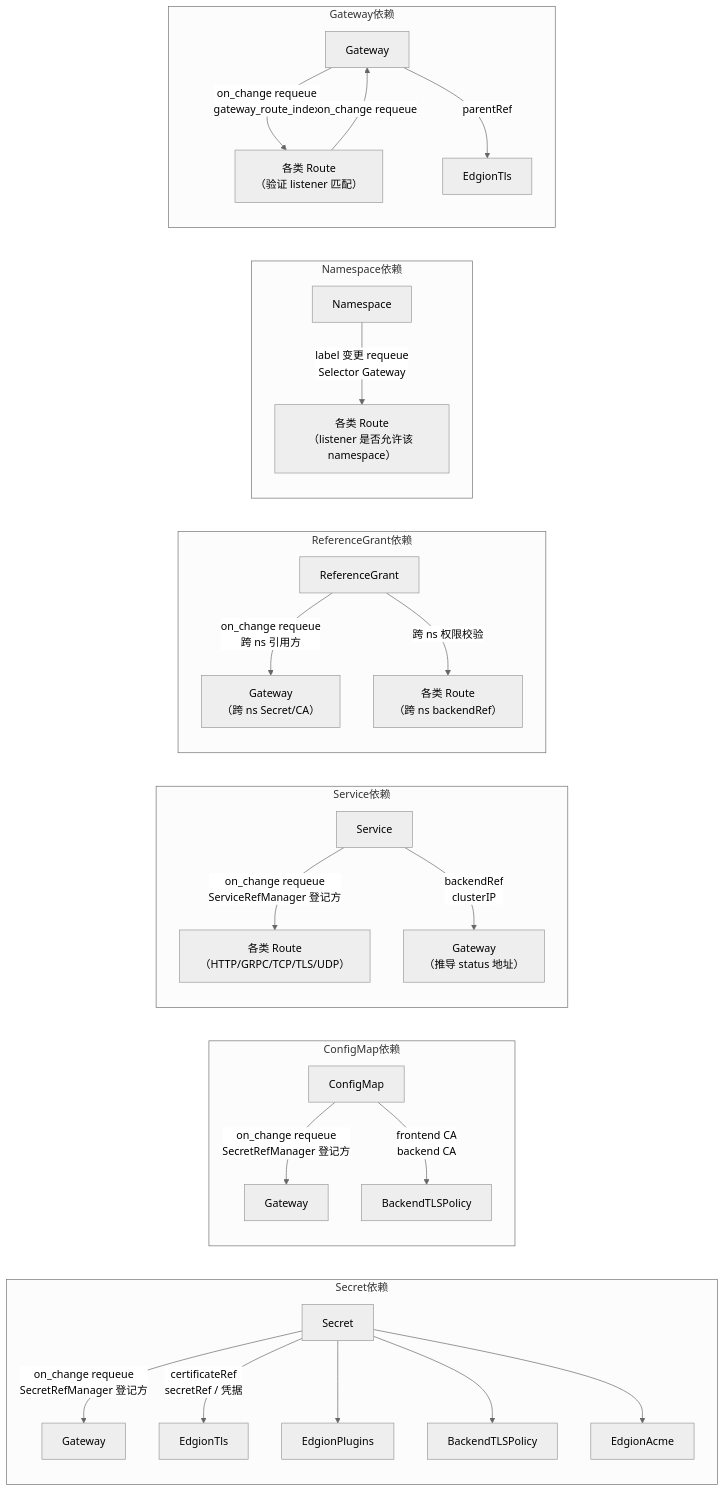
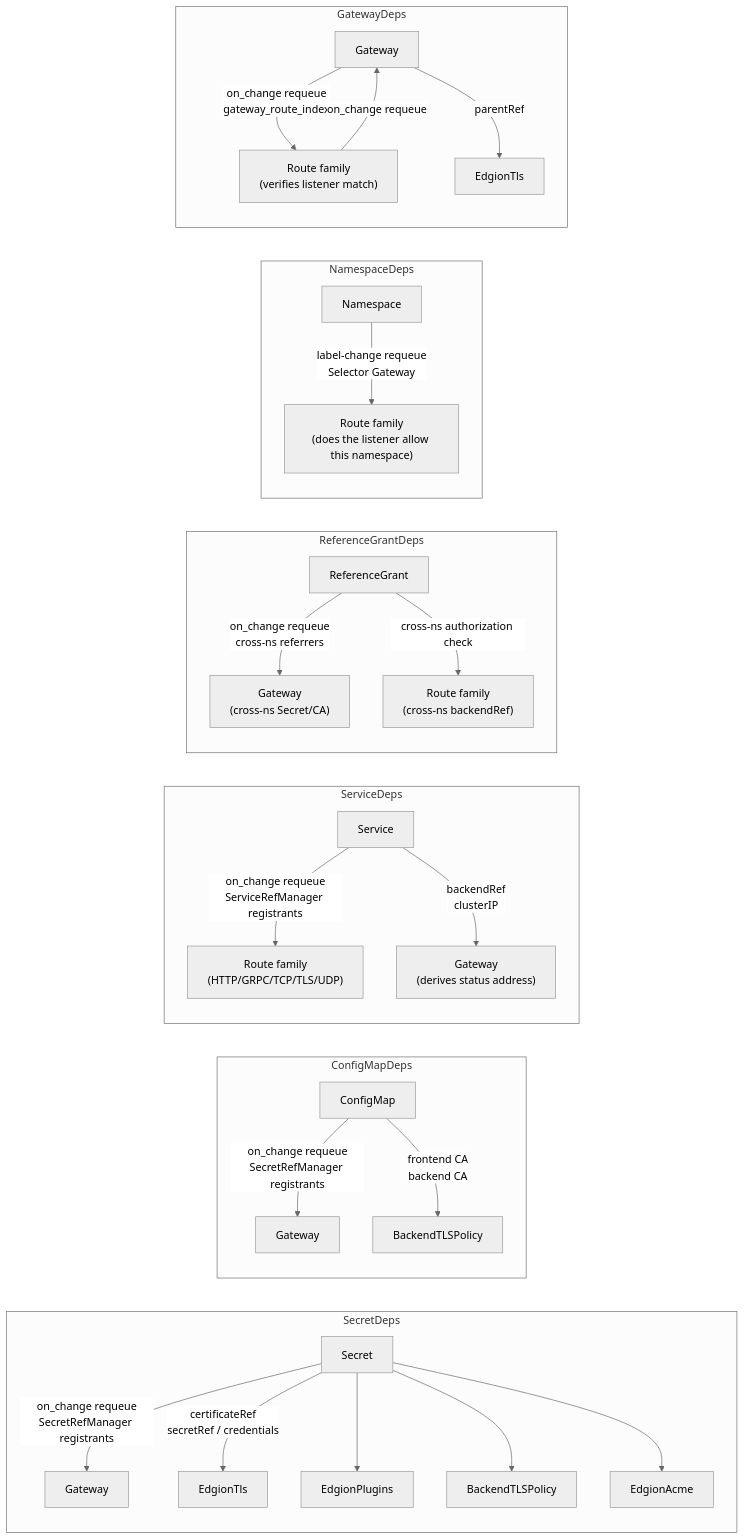
One commit to Pandaala/Edgion changed the diagram in skills/01-architecture/05-resources/19-resource-dependency.md. Above: the diagram before and after it, drawn with Mermaid (neutral theme). The commit also changed other lines of this file and 1373 other files, not shown here.

````diff
--- a/skills/01-architecture/05-resources/19-resource-dependency.md
+++ b/skills/01-architecture/05-resources/19-resource-dependency.md
@@ -12,35 +12,35 @@
 ```mermaid
 flowchart LR
-    subgraph Secret依赖
-        Secret -- "on_change requeue\nSecretRefManager 登记方" --> Gateway
-        Secret -- "certificateRef\nsecretRef / 凭据" --> EdgionTls
+    subgraph SecretDeps
+        Secret -- "on_change requeue\nSecretRefManager registrants" --> Gateway
+        Secret -- "certificateRef\nsecretRef / credentials" --> EdgionTls
         Secret --> EdgionPlugins
         Secret --> BackendTLSPolicy
         Secret --> EdgionAcme
     end
 
-    subgraph ConfigMap依赖
-        ConfigMap -- "on_change requeue\nSecretRefManager 登记方" --> Gateway2[Gateway]
+    subgraph ConfigMapDeps
+        ConfigMap -- "on_change requeue\nSecretRefManager registrants" --> Gateway2[Gateway]
         ConfigMap -- "frontend CA\nbackend CA" --> BackendTLSPolicy2[BackendTLSPolicy]
     end
 
-    subgraph Service依赖
-        Service -- "on_change requeue\nServiceRefManager 登记方" --> Routes["各类 Route\n（HTTP/GRPC/TCP/TLS/UDP）"]
-        Service -- "backendRef\nclusterIP" --> Gateway3["Gateway\n（推导 status 地址）"]
+    subgraph ServiceDeps
+        Service -- "on_change requeue\nServiceRefManager registrants" --> Routes["Route family\n(HTTP/GRPC/TCP/TLS/UDP)"]
+        Service -- "backendRef\nclusterIP" --> Gateway3["Gateway\n(derives status address)"]
     end
 
-    subgraph ReferenceGrant依赖
-        ReferenceGrant -- "on_change requeue\n跨 ns 引用方" --> Gateway4["Gateway\n（跨 ns Secret/CA）"]
-        ReferenceGrant -- "跨 ns 权限校验" --> Routes2["各类 Route\n（跨 ns backendRef）"]
+    subgraph ReferenceGrantDeps
+        ReferenceGrant -- "on_change requeue\ncross-ns referrers" --> Gateway4["Gateway\n(cross-ns Secret/CA)"]
+        ReferenceGrant -- "cross-ns authorization check" --> Routes2["Route family\n(cross-ns backendRef)"]
     end
 
-    subgraph Namespace依赖
-        Namespace -- "label 变更 requeue\nSelector Gateway" --> Routes3["各类 Route\n（listener 是否允许该 namespace）"]
+    subgraph NamespaceDeps
+        Namespace -- "label-change requeue\nSelector Gateway" --> Routes3["Route family\n(does the listener allow this namespace)"]
     end
 
-    subgraph Gateway依赖
-        GW[Gateway] -- "on_change requeue\ngateway_route_index" --> Routes4["各类 Route\n（验证 listener 匹配）"]
+    subgraph GatewayDeps
+        GW[Gateway] -- "on_change requeue\ngateway_route_index" --> Routes4["Route family\n(verifies listener match)"]
         GW -- "parentRef" --> EdgionTls2[EdgionTls]
         Routes4 -- "on_change requeue" --> GW
     end
 ```
````
